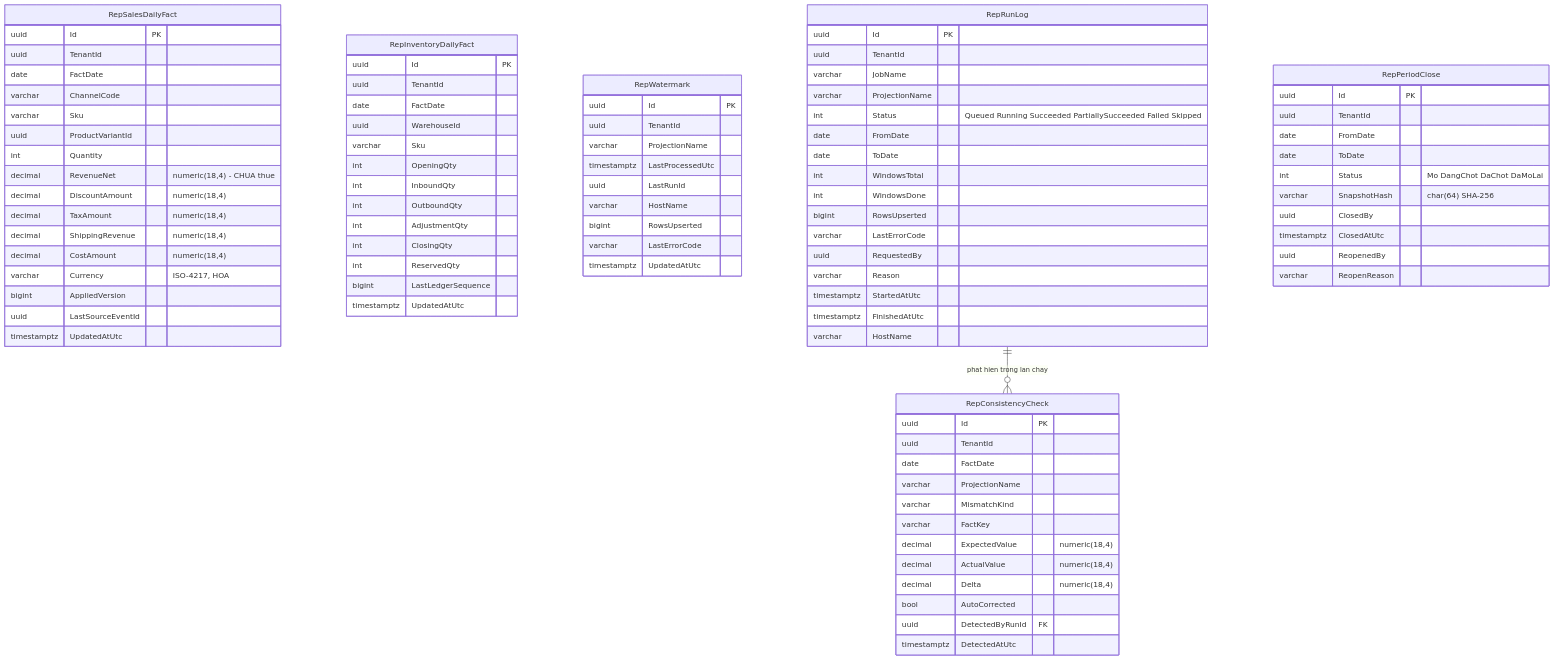
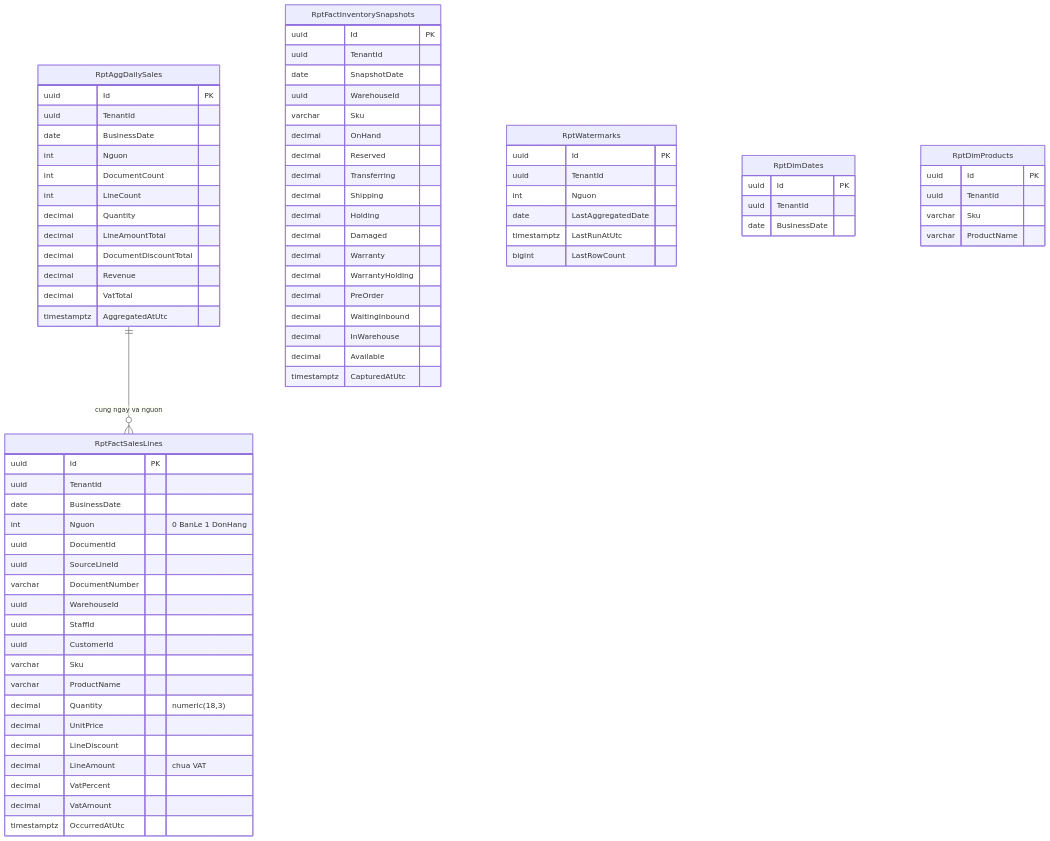
One commit to hungnt9801/eCommerce changed the seventh of 7 diagrams in docs/features/reporting/rep-001-read-model-job-tong-hop.md. Above: the diagram before and after it, drawn with Mermaid. The commit also changed other lines of this file and 9 other files, not shown here.

````diff
--- a/docs/features/reporting/rep-001-read-model-job-tong-hop.md
+++ b/docs/features/reporting/rep-001-read-model-job-tong-hop.md
@@ -332,92 +316,78 @@
 ```mermaid
 erDiagram
-    RepSalesDailyFact {
+    RptFactSalesLines {
         uuid Id PK
         uuid TenantId
-        date FactDate
-        varchar ChannelCode
+        date BusinessDate
+        int Nguon "0 BanLe 1 DonHang"
+        uuid DocumentId
+        uuid SourceLineId
+        varchar DocumentNumber
+        uuid WarehouseId
+        uuid StaffId
+        uuid CustomerId
         varchar Sku
-        uuid ProductVariantId
-        int Quantity
-        decimal RevenueNet "numeric(18,4) - CHUA thue"
-        decimal DiscountAmount "numeric(18,4)"
-        decimal TaxAmount "numeric(18,4)"
-        decimal ShippingRevenue "numeric(18,4)"
-        decimal CostAmount "numeric(18,4)"
-        varchar Currency "ISO-4217, HOA"
-        bigint AppliedVersion
-        uuid LastSourceEventId
-        timestamptz UpdatedAtUtc
+        varchar ProductName
+        decimal Quantity "numeric(18,3)"
+        decimal UnitPrice
+        decimal LineDiscount
+        decimal LineAmount "chua VAT"
+        decimal VatPercent
+        decimal VatAmount
+        timestamptz OccurredAtUtc
     }
-    RepInventoryDailyFact {
+    RptAggDailySales {
         uuid Id PK
         uuid TenantId
-        date FactDate
+        date BusinessDate
+        int Nguon
+        int DocumentCount
+        int LineCount
+        decimal Quantity
+        decimal LineAmountTotal
+        decimal DocumentDiscountTotal
+        decimal Revenue
+        decimal VatTotal
+        timestamptz AggregatedAtUtc
+    }
+    RptFactInventorySnapshots {
+        uuid Id PK
+        uuid TenantId
+        date SnapshotDate
         uuid WarehouseId
         varchar Sku
-        int OpeningQty
-        int InboundQty
-        int OutboundQty
-        int AdjustmentQty
-        int ClosingQty
-        int ReservedQty
-        bigint LastLedgerSequence
-        timestamptz UpdatedAtUtc
+        decimal OnHand
+        decimal Reserved
+        decimal Transferring
+        decimal Shipping
+        decimal Holding
+        decimal Damaged
+        decimal Warranty
+        decimal WarrantyHolding
+        decimal PreOrder
+        decimal WaitingInbound
+        decimal InWarehouse
+        decimal Available
+        timestamptz CapturedAtUtc
     }
-    RepWatermark {
+    RptWatermarks {
         uuid Id PK
         uuid TenantId
-        varchar ProjectionName
-        timestamptz LastProcessedUtc
-        uuid LastRunId
-        varchar HostName
-        bigint RowsUpserted
-        varchar LastErrorCode
-        timestamptz UpdatedAtUtc
+        int Nguon
+        date LastAggregatedDate
+        timestamptz LastRunAtUtc
+        bigint LastRowCount
     }
-    RepRunLog {
+    RptDimDates {
         uuid Id PK
         uuid TenantId
-        varchar JobName
-        varchar ProjectionName
-        int Status "Queued Running Succeeded PartiallySucceeded Failed Skipped"
-        date FromDate
-        date ToDate
-        int WindowsTotal
-        int WindowsDone
-        bigint RowsUpserted
-        varchar LastErrorCode
-        uuid RequestedBy
-        varchar Reason
-        timestamptz StartedAtUtc
-        timestamptz FinishedAtUtc
-        varchar HostName
+        date BusinessDate
     }
-    RepConsistencyCheck {
+    RptDimProducts {
         uuid Id PK
         uuid TenantId
-        date FactDate
-        varchar ProjectionName
-        varchar MismatchKind
-        varchar FactKey
-        decimal ExpectedValue "numeric(18,4)"
-        decimal ActualValue "numeric(18,4)"
-        decimal Delta "numeric(18,4)"
-        bool AutoCorrected
-        uuid DetectedByRunId FK
-        timestamptz DetectedAtUtc
+        varchar Sku
+        varchar ProductName
     }
-    RepPeriodClose {
-        uuid Id PK
-        uuid TenantId
-        date FromDate
-        date ToDate
-        int Status "Mo DangChot DaChot DaMoLai"
-        varchar SnapshotHash "char(64) SHA-256"
-        uuid ClosedBy
-        timestamptz ClosedAtUtc
-        uuid ReopenedBy
-        varchar ReopenReason
-    }
-    RepRunLog ||--o{ RepConsistencyCheck : "phat hien trong lan chay"
+    RptAggDailySales ||--o{ RptFactSalesLines : "cung ngay va nguon"
 ```
````
